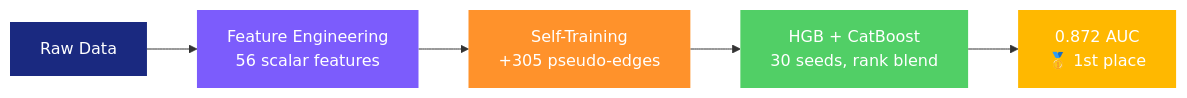
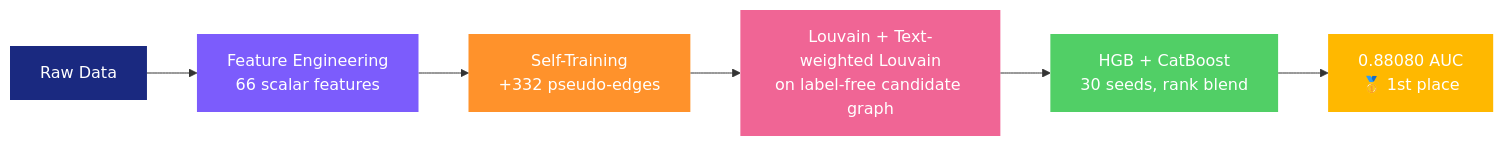
The diagram in README.md (helloelora/graph-data-challenge), drawn with Mermaid before and after one commit. The commit also changed other lines of this file, not shown here.

````diff
--- a/README.md
+++ b/README.md
@@ -23,13 +23,15 @@
 ```mermaid
 flowchart LR
-    A[Raw Data] --> B[Feature Engineering<br/>56 scalar features]
-    B --> C[Self-Training<br/>+305 pseudo-edges]
-    C --> D[HGB + CatBoost<br/>30 seeds, rank blend]
-    D --> E[0.872 AUC<br/>🥇 1st place]
+    A[Raw Data] --> B[Feature Engineering<br/>66 scalar features]
+    B --> C[Self-Training<br/>+332 pseudo-edges]
+    C --> D[Louvain + Text-weighted Louvain<br/>on label-free candidate graph]
+    D --> E[HGB + CatBoost<br/>30 seeds, rank blend]
+    E --> F[0.88080 AUC<br/>🥇 1st place]
 
     style A fill:#1A2980,color:#fff,stroke:none
     style B fill:#7C5CFC,color:#fff,stroke:none
     style C fill:#FF922B,color:#fff,stroke:none
-    style D fill:#51CF66,color:#fff,stroke:none
-    style E fill:#FFB800,color:#fff,stroke:none
+    style D fill:#F06595,color:#fff,stroke:none
+    style E fill:#51CF66,color:#fff,stroke:none
+    style F fill:#FFB800,color:#fff,stroke:none
 ```
````
